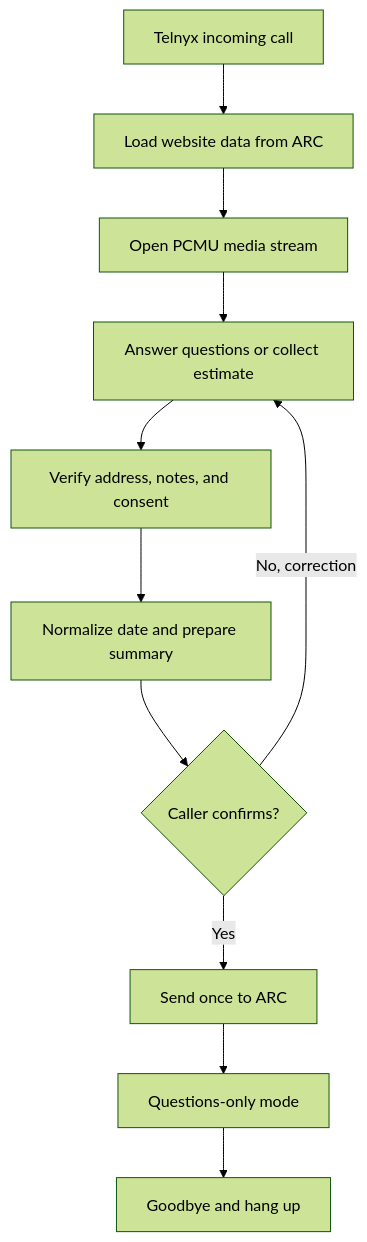
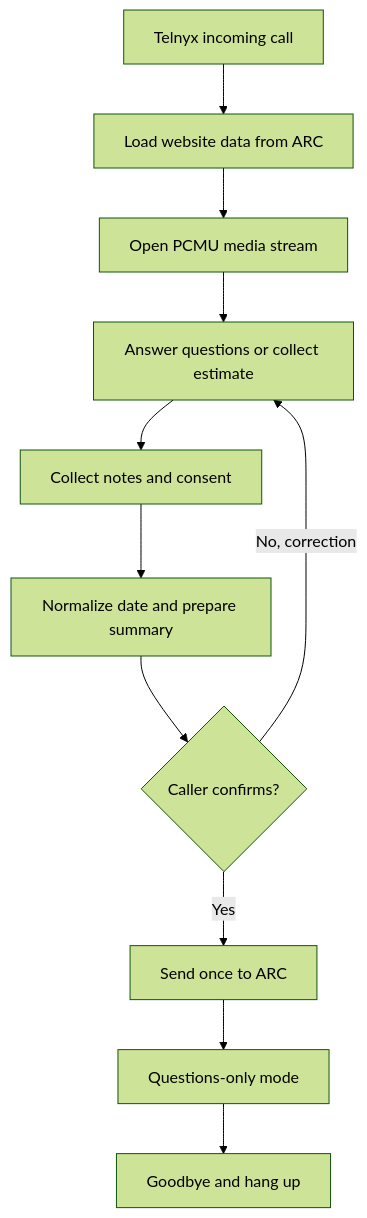
The diagram in README.md (christensenandrew455-cell/tabor-painting-receptionist), drawn with Mermaid (forest theme) before and after one commit. The commit also changed other lines of this file and 6 other files, not shown here.

````diff
--- a/README.md
+++ b/README.md
@@ -42,13 +44,13 @@
 ```mermaid
 flowchart TD
     A[Telnyx incoming call] --> B[Load website data from ARC]
     B --> C[Open PCMU media stream]
     C --> D[Answer questions or collect estimate]
-    D --> E[Verify address, notes, and consent]
+    D --> E[Collect notes and consent]
     E --> J[Normalize date and prepare summary]
     J --> F{Caller confirms?}
     F -- No, correction --> D
     F -- Yes --> G[Send once to ARC]
     G --> H[Questions-only mode]
     H --> I[Goodbye and hang up]
 ```
````
